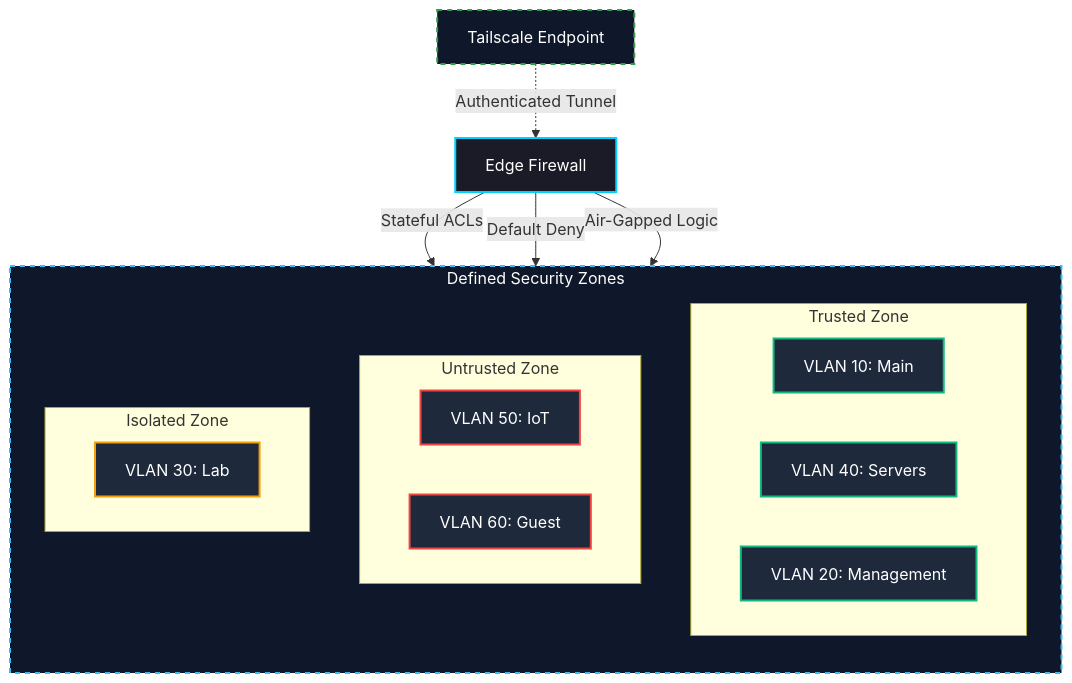
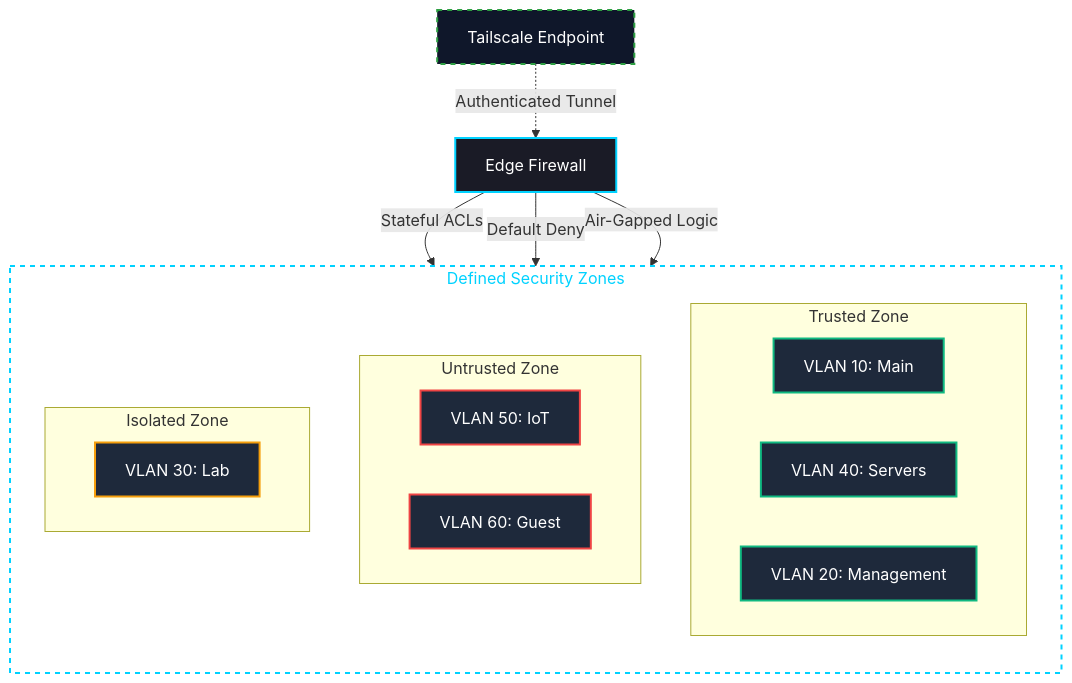
One commit to gurvinny/home-network-lab changed the diagram in security/README.md. Above: the diagram before and after it, drawn with Mermaid. The commit also changed 4 other files, not shown here.

First line of the commit message:
docs: standardise mermaid theme — universal class names and consistent hex values

````diff
--- a/security/README.md
+++ b/security/README.md
@@ -21,40 +21,40 @@
 ```mermaid
 flowchart TB
     %% Cyber Sec Grey/Blue Theme
     classDef firewall fill:#1a1b26,stroke:#00d2ff,stroke-width:2px,color:#ffffff;
-    classDef zone fill:#0f172a,stroke:#38bdf8,stroke-width:2px,color:#ffffff,stroke-dasharray: 5 5;
+    classDef zone fill:#00000000,stroke:#00d2ff,stroke-width:2px,color:#00d2ff,stroke-dasharray: 5 5;
     classDef trusted fill:#1e293b,stroke:#10b981,stroke-width:2px,color:#ffffff;
     classDef untrusted fill:#1e293b,stroke:#ef4444,stroke-width:2px,color:#ffffff;
     classDef isolated fill:#1e293b,stroke:#f59e0b,stroke-width:2px,color:#ffffff;
     classDef vpn fill:#0f172a,stroke:#2ea043,stroke-width:2px,color:#ffffff,stroke-dasharray: 5 5;
 
     FW["Edge Firewall"]:::firewall
     RemoteAccess["Tailscale Endpoint"]:::vpn -.->|"Authenticated Tunnel"| FW
 
     subgraph Security_Zones ["Defined Security Zones"]
         direction TB
 
         subgraph Trusted_Zone ["Trusted Zone"]
             direction LR
             VLAN10["VLAN 10: Main"]:::trusted
             VLAN40["VLAN 40: Servers"]:::trusted
             VLAN20["VLAN 20: Management"]:::trusted
         end
 
         subgraph Untrusted_Zone ["Untrusted Zone"]
             direction LR
             VLAN50["VLAN 50: IoT"]:::untrusted
             VLAN60["VLAN 60: Guest"]:::untrusted
         end
 
         subgraph Isolated_Zone ["Isolated Zone"]
             direction LR
             VLAN30["VLAN 30: Lab"]:::isolated
         end
     end
     class Security_Zones zone;
 
     FW -->|"Stateful ACLs"| Trusted_Zone
     FW -->|"Default Deny"| Untrusted_Zone
     FW -->|"Air-Gapped Logic"| Isolated_Zone
 ```
````
